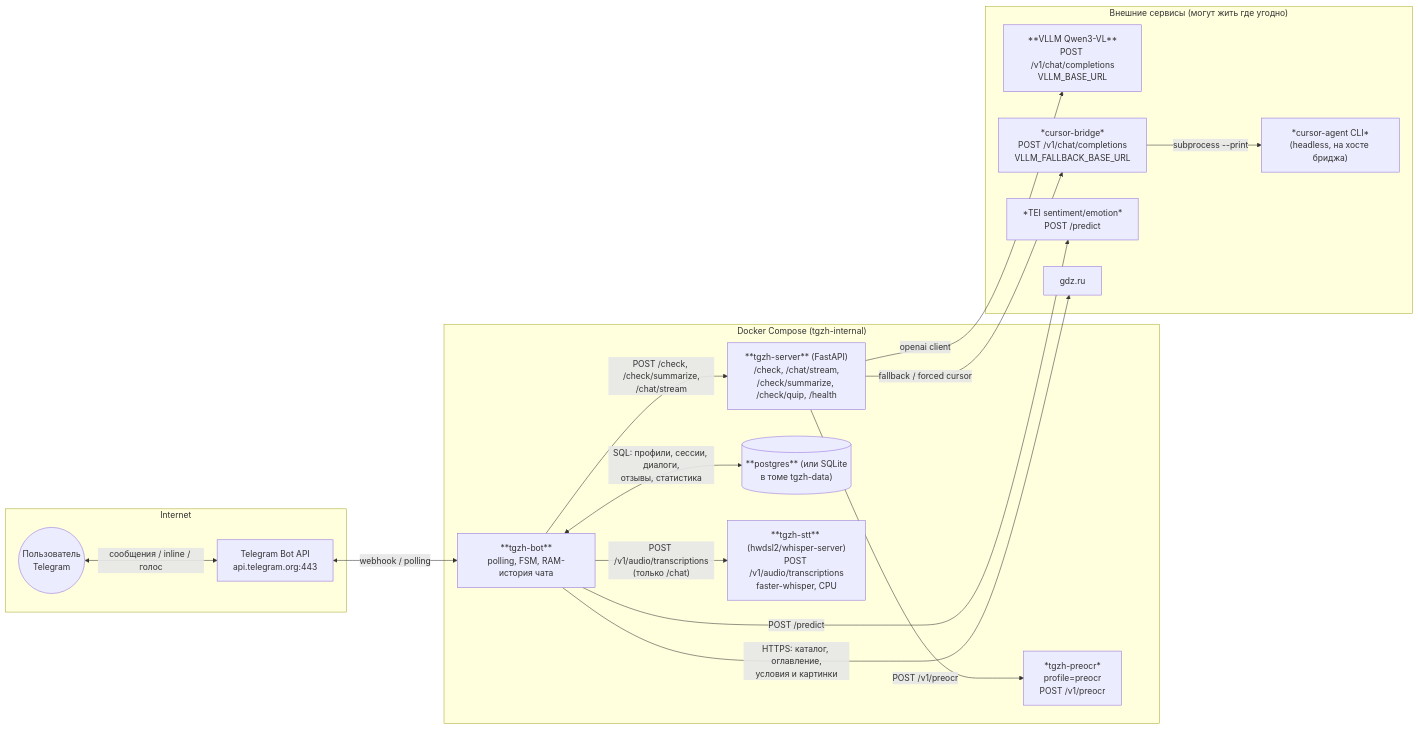
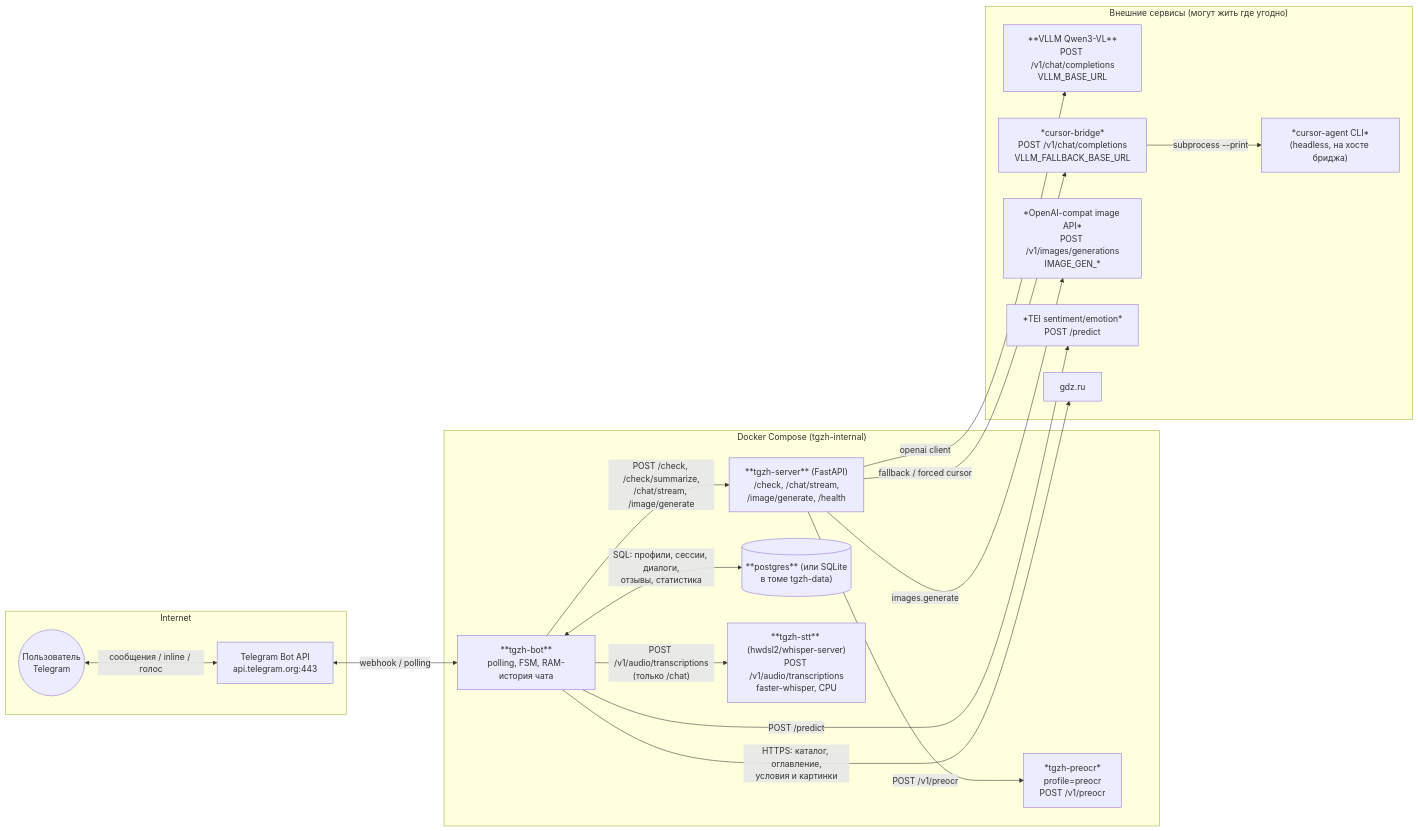
Before and after one commit to vramdibs/tgzh: the diagram in README.md, drawn with Mermaid. The commit also changed other lines of this file and 19 other files, not shown here.

````diff
--- a/README.md
+++ b/README.md
@@ -74,35 +74,37 @@
 ```mermaid
 flowchart LR
     subgraph Internet
         user(("Пользователь<br/>Telegram"))
         tg["Telegram Bot API<br/>api.telegram.org:443"]
     end
 
     subgraph Compose["Docker Compose (tgzh-internal)"]
         bot["**tgzh-bot**<br/>polling, FSM, RAM-история чата"]
-        server["**tgzh-server** (FastAPI)<br/>/check, /chat/stream,<br/>/check/summarize, /check/quip, /health"]
+        server["**tgzh-server** (FastAPI)<br/>/check, /chat/stream,<br/>/image/generate, /health"]
         pg[("**postgres** (или SQLite<br/>в томе tgzh-data)")]
         preocr["*tgzh-preocr*<br/>profile=preocr<br/>POST /v1/preocr"]
         stt["**tgzh-stt** (hwdsl2/whisper-server)<br/>POST /v1/audio/transcriptions<br/>faster-whisper, CPU"]
     end
 
     subgraph External["Внешние сервисы (могут жить где угодно)"]
         vllm["**VLLM Qwen3-VL**<br/>POST /v1/chat/completions<br/>VLLM_BASE_URL"]
         bridge["*cursor-bridge*<br/>POST /v1/chat/completions<br/>VLLM_FALLBACK_BASE_URL"]
         cursorcli["*cursor-agent CLI*<br/>(headless, на хосте бриджа)"]
+        imgapi["*OpenAI-compat image API*<br/>POST /v1/images/generations<br/>IMAGE_GEN_*"]
         tei["*TEI sentiment/emotion*<br/>POST /predict"]
         gdz["gdz.ru"]
     end
 
     user <-- "сообщения / inline / голос" --> tg
     tg <-- "webhook / polling" --> bot
-    bot -- "POST /check, /check/summarize,<br/>/chat/stream" --> server
+    bot -- "POST /check, /check/summarize,<br/>/chat/stream, /image/generate" --> server
     bot <-- "SQL: профили, сессии, диалоги,<br/>отзывы, статистика" --> pg
     bot -- "HTTPS: каталог, оглавление,<br/>условия и картинки" --> gdz
     bot -- "POST /predict" --> tei
     bot -- "POST /v1/audio/transcriptions<br/>(только /chat)" --> stt
     server -- "openai client" --> vllm
     server -- "fallback / forced cursor" --> bridge
     bridge -- "subprocess --print" --> cursorcli
     server -- "POST /v1/preocr" --> preocr
+    server -- "images.generate" --> imgapi
 ```
````
